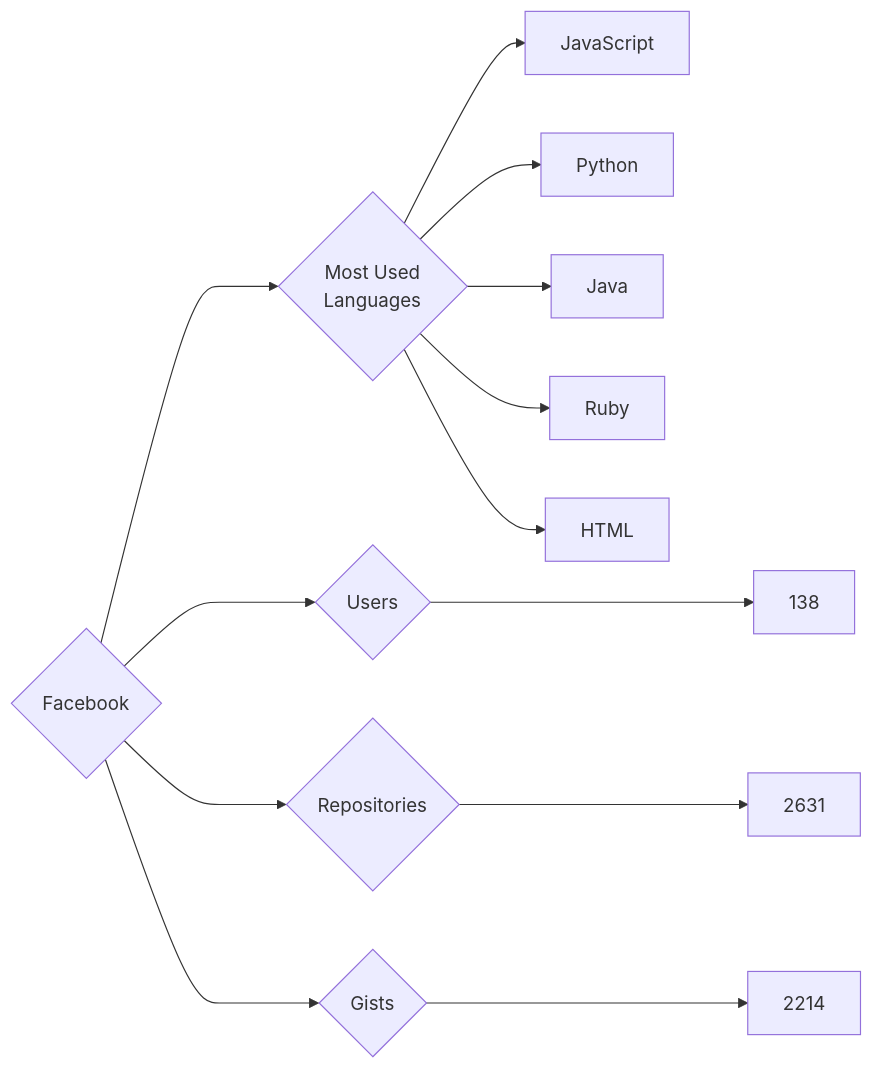
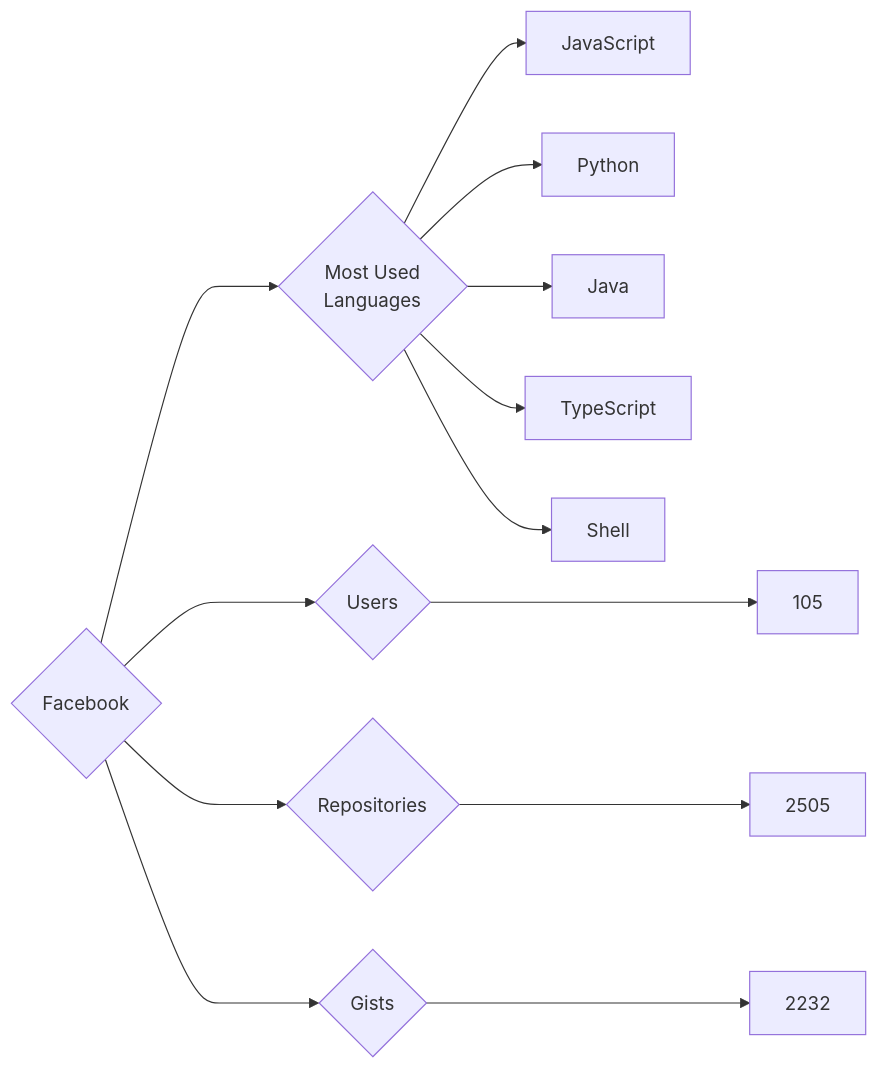
Before and after one commit to trickest/insiders: the diagram in targets/Facebook/README.md, drawn with Mermaid. The commit also changed 984 other files, not shown here.

````diff
--- a/targets/Facebook/README.md
+++ b/targets/Facebook/README.md
@@ -3,13 +3,13 @@
 ```mermaid
 graph LR
 COMPANY_NAME{Facebook}
-COMPANY_NAME ---> U{Users} ---> UN[138]
-COMPANY_NAME ---> R{Repositories} ---> RN[2631]
-COMPANY_NAME ---> G{Gists} ---> GN[2214]
+COMPANY_NAME ---> U{Users} ---> UN[105]
+COMPANY_NAME ---> R{Repositories} ---> RN[2505]
+COMPANY_NAME ---> G{Gists} ---> GN[2232]
 COMPANY_NAME ---> ML{Most Used<br>Languages}
 ML --> JavaScript[JavaScript]
 ML --> Python[Python]
 ML --> Java[Java]
-ML --> Ruby[Ruby]
-ML --> HTML[HTML]
+ML --> TypeScript[TypeScript]
+ML --> Shell[Shell]
 ```
````
